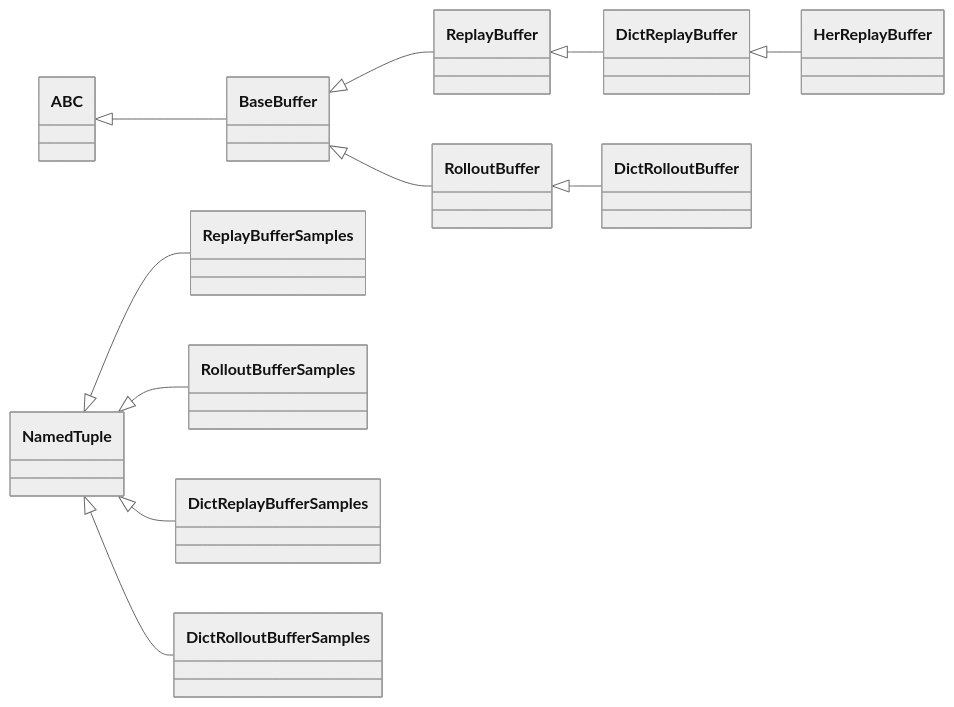
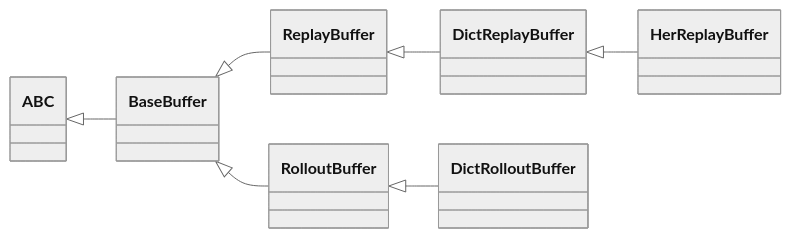
One commit to ARG-NCTU/oop-python-nycu changed the third of 6 diagrams in docs/sb3-class-diagram.md. Above: the diagram before and after it, drawn with Mermaid (neutral theme). The commit also changed other lines of this file, not shown here.

Commit message:
modify: BasePolicy BaseAlgorithm NameTuple BaseCallback, add ActionNoise SeqWriter KVWriter Enum-branch Protocol-branch

````diff
--- a/docs/sb3-class-diagram.md
+++ b/docs/sb3-class-diagram.md
@@ -68,19 +56,14 @@
 ```mermaid
 classDiagram
     direction LR:
     ABC <|-- BaseBuffer
     BaseBuffer <|-- ReplayBuffer
     BaseBuffer <|-- RolloutBuffer
 
     ReplayBuffer  <|-- DictReplayBuffer
     RolloutBuffer <|-- DictRolloutBuffer
 
     DictReplayBuffer <|-- HerReplayBuffer
 
-    NamedTuple <|-- ReplayBufferSamples
-    NamedTuple <|-- RolloutBufferSamples
-    NamedTuple <|-- DictReplayBufferSamples
-    NamedTuple <|-- DictRolloutBufferSamples
-
-
+    
 ```
````
